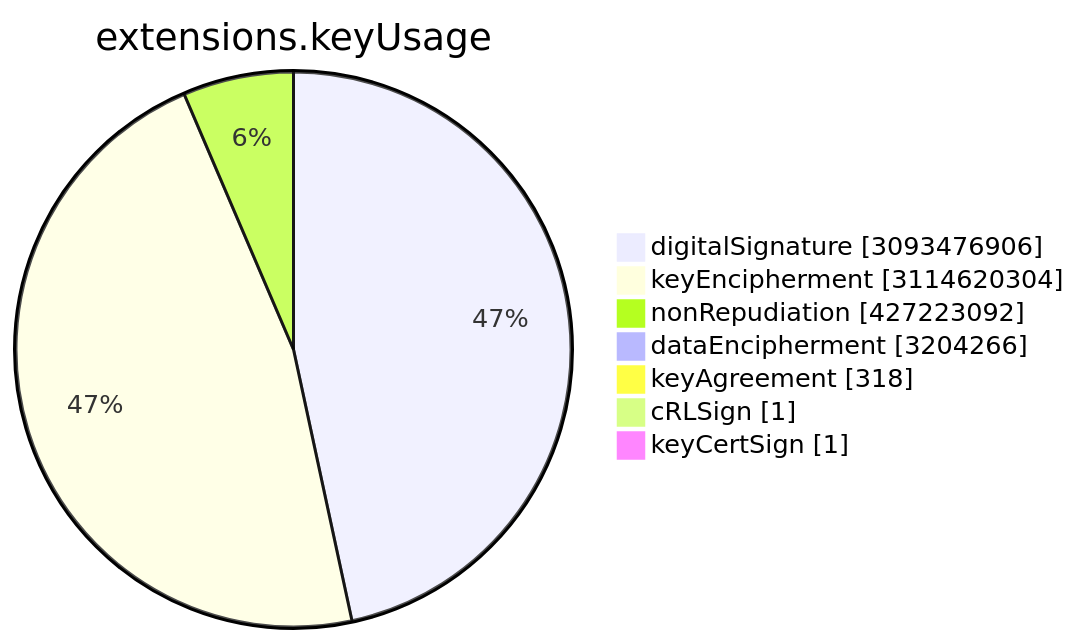
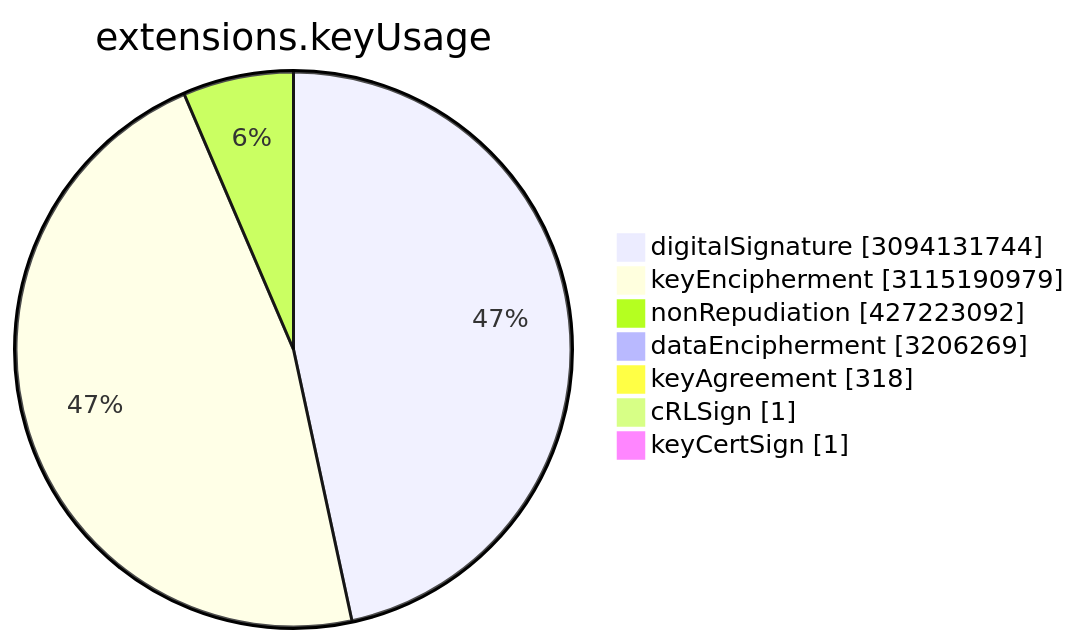
The sixth of 15 diagrams in TOTAL/README.md (christiankrug/ctmonitor_visualization), drawn with Mermaid before and after one commit. The commit also changed other lines of this file, not shown here.

````diff
--- a/TOTAL/README.md
+++ b/TOTAL/README.md
@@ -3075,11 +3075,11 @@
 ```mermaid
 pie showData
 title extensions.keyUsage
-"digitalSignature" :3093476906
-"keyEncipherment" :3114620304
+"digitalSignature" :3094131744
+"keyEncipherment" :3115190979
 "nonRepudiation" :427223092
-"dataEncipherment" :3204266
+"dataEncipherment" :3206269
 "keyAgreement" :318
 "cRLSign" :1
 "keyCertSign" :1
 ```
````
